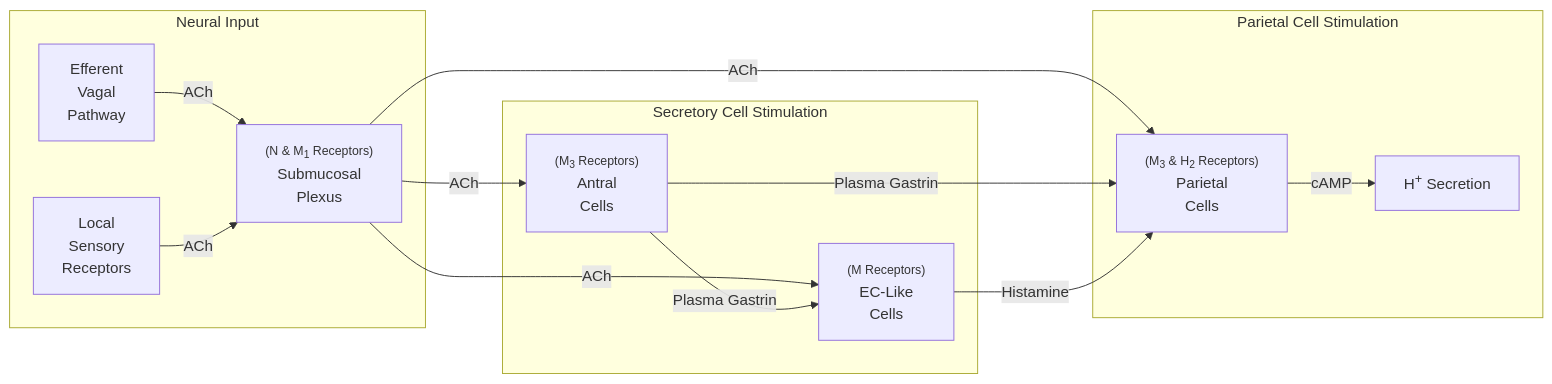
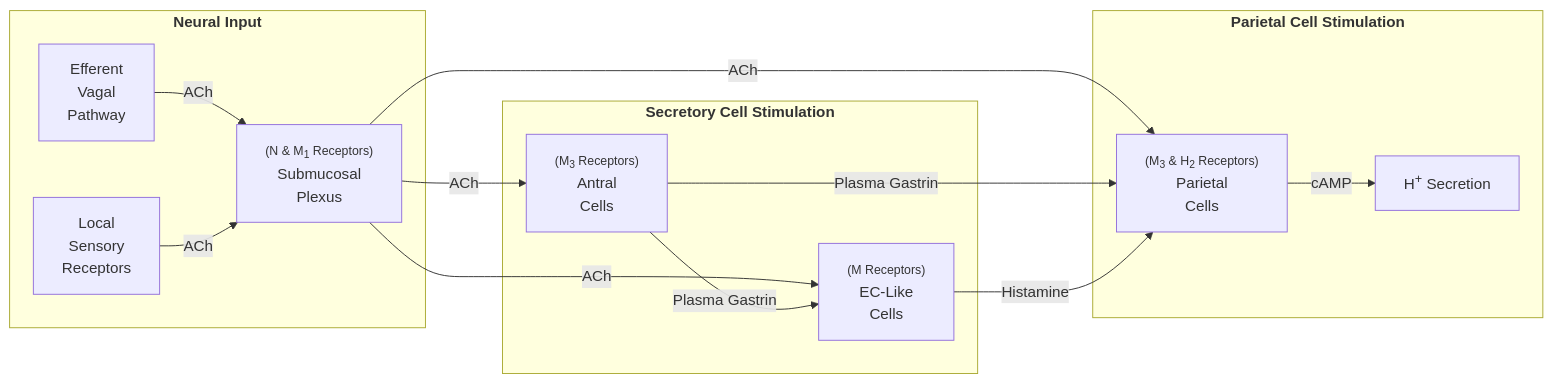
Before and after one commit to catskin0106/BiomedStuff: the diagram in Y3S2 SBMS2106 Pharmacology and Toxicology/Lecture 9.1 - (Gastrointestinal Pharmacology) Gastric Ulcer Drugs.md, drawn with Mermaid. The commit also changed other lines of this file and 1 other file, not shown here.

````diff
--- a/Y3S2 SBMS2106 Pharmacology and Toxicology/Lecture 9.1 - (Gastrointestinal Pharmacology) Gastric Ulcer Drugs.md
+++ b/Y3S2 SBMS2106 Pharmacology and Toxicology/Lecture 9.1 - (Gastrointestinal Pharmacology) Gastric Ulcer Drugs.md
@@ -20,19 +28,19 @@
 ```mermaid
 flowchart LR
-	subgraph 1["Neural Input"]
+	subgraph 1["<b>Neural Input"]
 	a["Efferent<br>Vagal<br>Pathway"] -- ACh --> c["<font size="2">(N & M<sub>1</sub> Receptors)</font><br>Submucosal<br>Plexus"]
 	b["Local<br>Sensory<br>Receptors"] -- ACh --> c
 	end
 	c -- ACh --> d
 	c -- ACh --> e
-	subgraph 2["Secretory Cell Stimulation"]
+	subgraph 2["<b>Secretory Cell Stimulation"]
 	d["<font size="2">(M<sub>3</sub> Receptors)</font><br>Antral<br>Cells"] -- Plasma Gastrin --> e["<font size="2">(M Receptors)</font><br>EC-Like<br>Cells"]
 	end
 	c -- ACh --> f
 	d -- Plasma Gastrin --> f
 	e -- Histamine --> f
-	subgraph 3["Parietal Cell Stimulation"]
+	subgraph 3["<b>Parietal Cell Stimulation"]
 	f["<font size="2">(M<sub>3</sub> & H<sub>2</sub> Receptors)</font><br>Parietal<br>Cells"]
 	f -- cAMP --> g["H<sup>+</sup> Secretion"]
 	end
 ```
````
